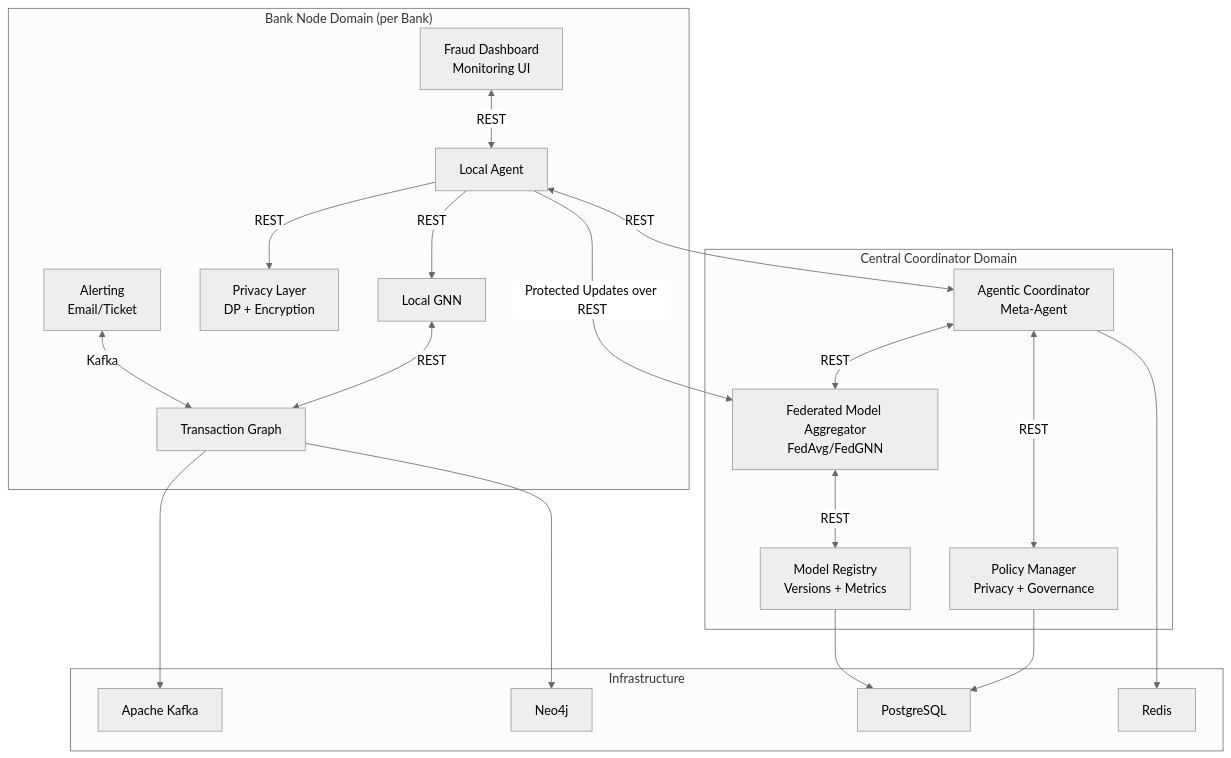
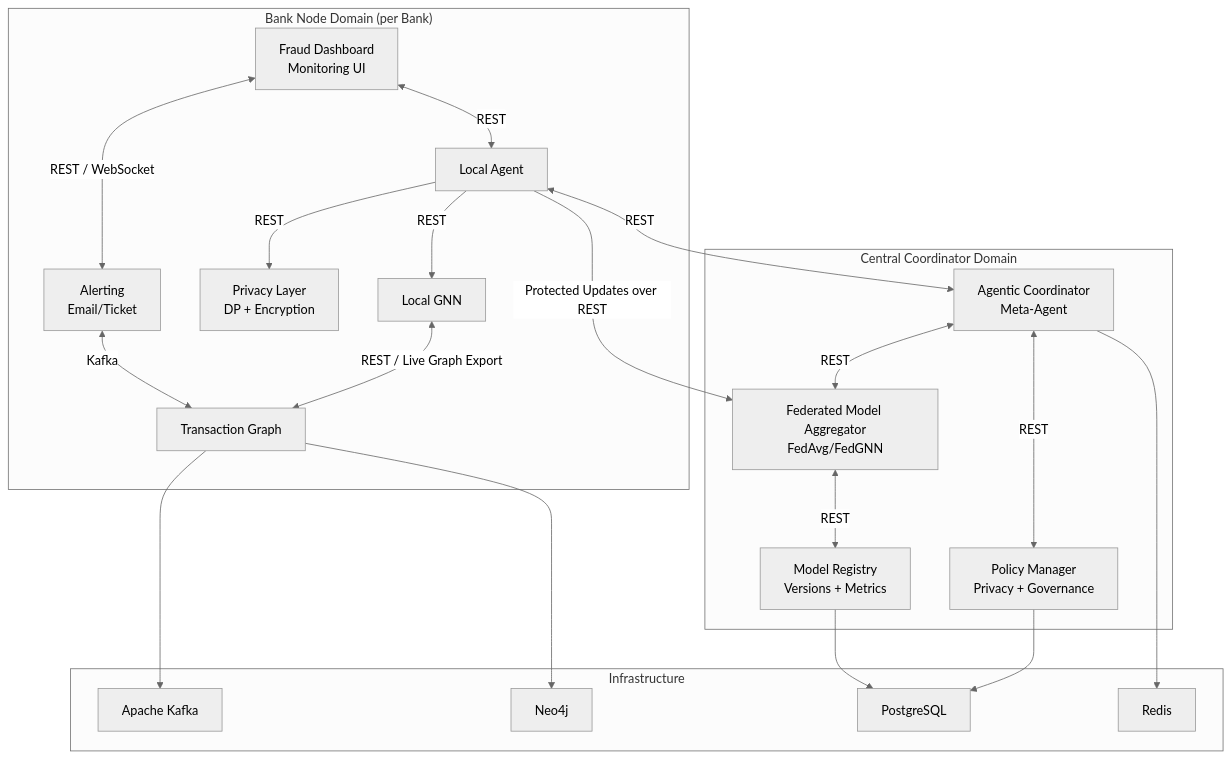
Before and after one commit to dayawansha/agentic-federated-cbdc-fraud-detection: the second of 3 diagrams in doc/status/devPlan.md, drawn with Mermaid (neutral theme). The commit also changed other lines of this file and 80 other files, not shown here.

````diff
--- a/doc/status/devPlan.md
+++ b/doc/status/devPlan.md
@@ -50,46 +50,47 @@
 ```mermaid
 graph TB
     subgraph "Central Coordinator Domain"
         AC[Agentic Coordinator<br/>Meta-Agent]
         SA[Federated Model Aggregator<br/>FedAvg/FedGNN]
         PM[Policy Manager<br/>Privacy + Governance]
         MR[Model Registry<br/>Versions + Metrics]
     end
     
     subgraph "Bank Node Domain (per Bank)"
         LA[Local Agent]
         LG[Local GNN]
         PL[Privacy Layer<br/>DP + Encryption]
         TG[Transaction Graph]
         FD[Fraud Dashboard<br/>Monitoring UI]
         AL[Alerting<br/>Email/Ticket]
     end
     
     subgraph "Infrastructure"
         KF[Apache Kafka]
         N4[Neo4j]
         PG[PostgreSQL]
         RD[Redis]
     end
     
     %% Inter-Node Communication (Bank <-> Central)
     LA <-->|REST| AC
     LA -->|Protected Updates over REST| SA
     
     %% Internal synchronous communication
     AC <-->|REST| SA
     AC <-->|REST| PM
     SA <-->|REST| MR
     
     LA -->|REST| LG
     LA -->|REST| PL
-    LG <-->|REST| TG
+    LG <-->|REST / Live Graph Export| TG
     FD <-->|REST| LA
+    FD <-->|REST / WebSocket| AL
     AL <-->|Kafka| TG
     
     TG --> KF
     TG --> N4
     PM --> PG
     MR --> PG
     AC --> RD
 ```
````
